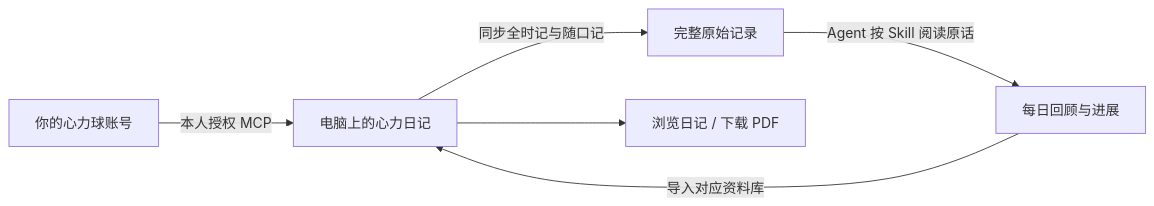
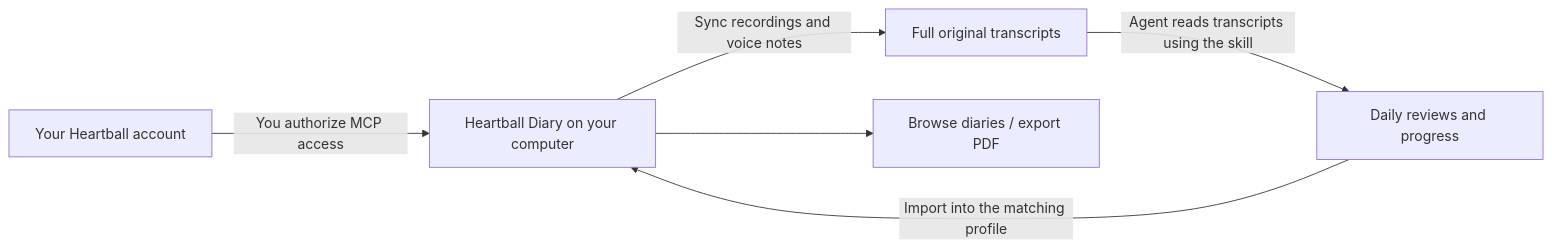
Before and after one commit to HBaopiqi/heartball-diary: the diagram in README.md, drawn with Mermaid. The commit also changed other lines of this file and 3 other files, not shown here.

````diff
--- a/README.md
+++ b/README.md
@@ -54,8 +82,8 @@
 ```mermaid
 flowchart LR
-    A[你的心力球账号] -->|本人授权 MCP| B[电脑上的心力日记]
-    B -->|同步全时记与随口记| C[完整原始记录]
-    C -->|Agent 按 Skill 阅读原话| D[每日回顾与进展]
-    D -->|导入对应资料库| B
-    B --> E[浏览日记 / 下载 PDF]
+    A[Your Heartball account] -->|You authorize MCP access| B[Heartball Diary on your computer]
+    B -->|Sync recordings and voice notes| C[Full original transcripts]
+    C -->|Agent reads transcripts using the skill| D[Daily reviews and progress]
+    D -->|Import into the matching profile| B
+    B --> E[Browse diaries / export PDF]
 ```
````
